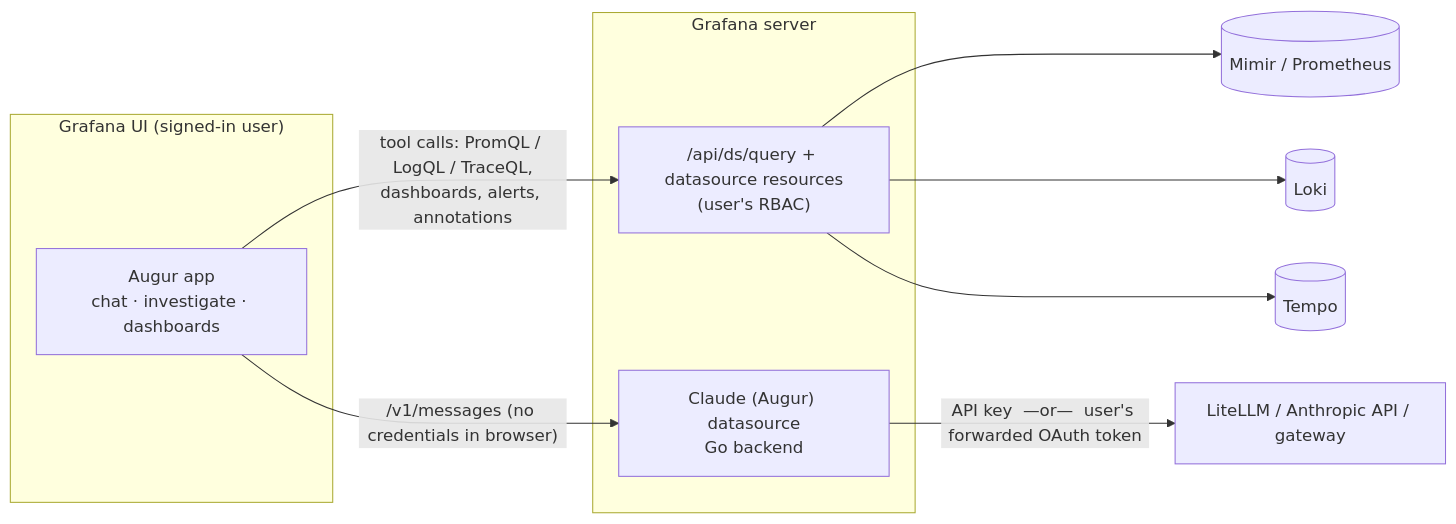
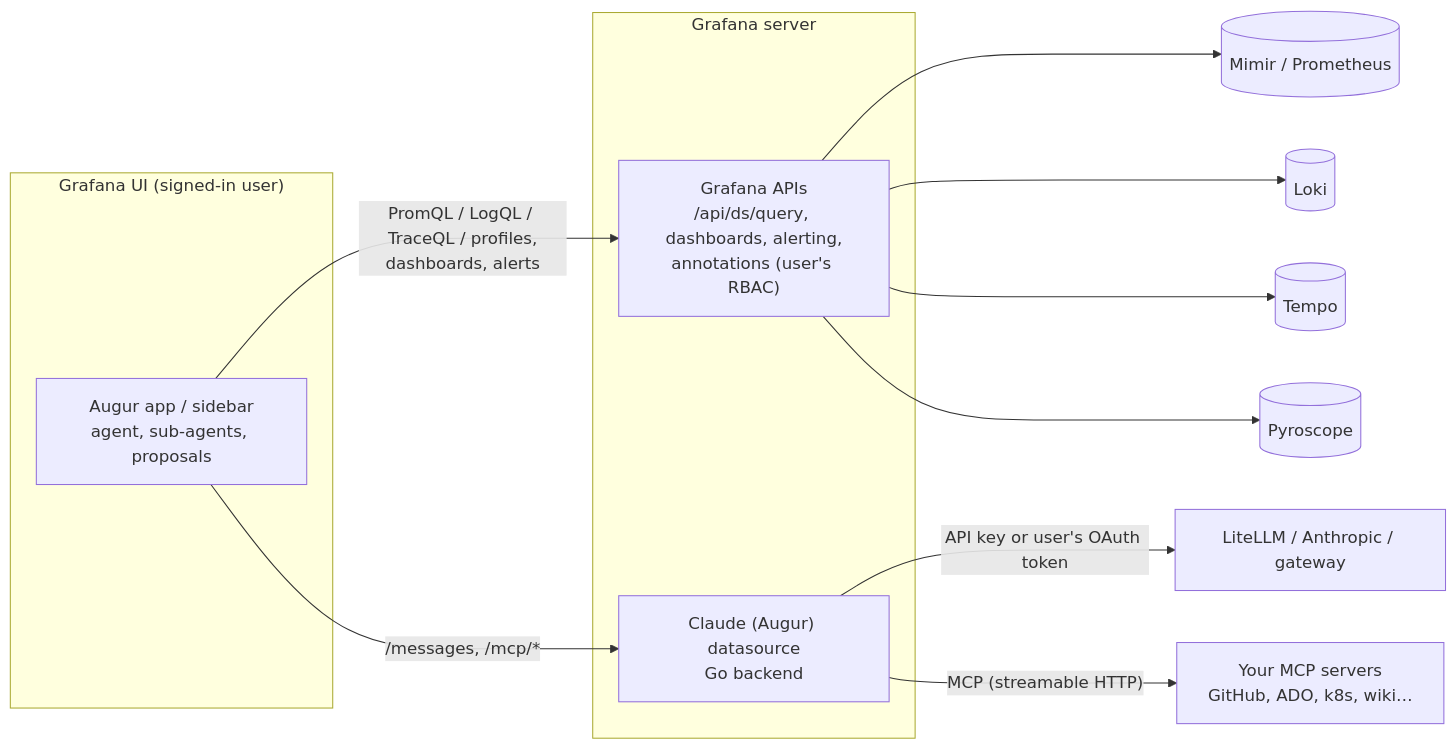
Before and after one commit to AISolutionLabs/augur: the diagram in README.md, drawn with Mermaid. The commit also changed other lines of this file and 52 other files, not shown here.

First line of the commit message:
Augur 1.1: Grafana 12 support, sidebar, rules/skills, memory, MCP, actions

````diff
--- a/README.md
+++ b/README.md
@@ -19,16 +44,15 @@
 ```mermaid
 flowchart LR
   subgraph Browser["Grafana UI (signed-in user)"]
-    A[Augur app<br/>chat · investigate · dashboards]
+    A[Augur app / sidebar<br/>agent, sub-agents, proposals]
   end
   subgraph Grafana["Grafana server"]
-    Q["/api/ds/query + datasource resources<br/>(user's RBAC)"]
+    Q["Grafana APIs<br/>/api/ds/query, dashboards, alerting,<br/>annotations (user's RBAC)"]
     D["Claude (Augur) datasource<br/>Go backend"]
   end
-  A -- "tool calls: PromQL / LogQL / TraceQL,<br/>dashboards, alerts, annotations" --> Q
-  Q --> M[(Mimir / Prometheus)]
-  Q --> L[(Loki)]
-  Q --> T[(Tempo)]
-  A -- "/v1/messages (no credentials in browser)" --> D
-  D -- "API key  —or—  user's forwarded OAuth token" --> G["LiteLLM / Anthropic API / gateway"]
+  A -- "PromQL / LogQL / TraceQL / profiles,<br/>dashboards, alerts" --> Q
+  Q --> M[(Mimir / Prometheus)] & L[(Loki)] & T[(Tempo)] & P[(Pyroscope)]
+  A -- "/messages, /mcp/*" --> D
+  D -- "API key or user's OAuth token" --> G["LiteLLM / Anthropic / gateway"]
+  D -- "MCP (streamable HTTP)" --> X["Your MCP servers<br/>GitHub, ADO, k8s, wiki…"]
 ```
````
